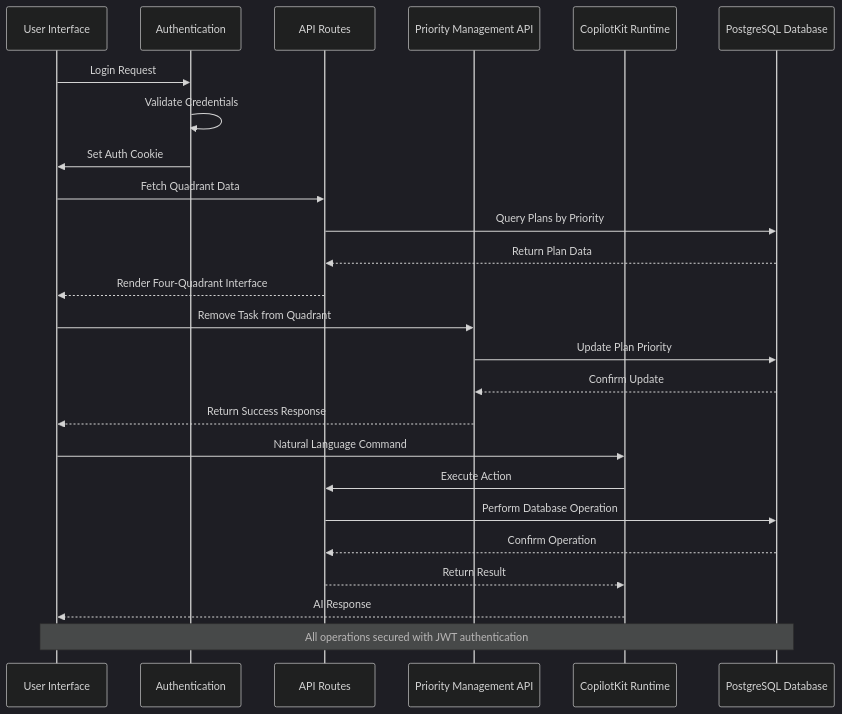
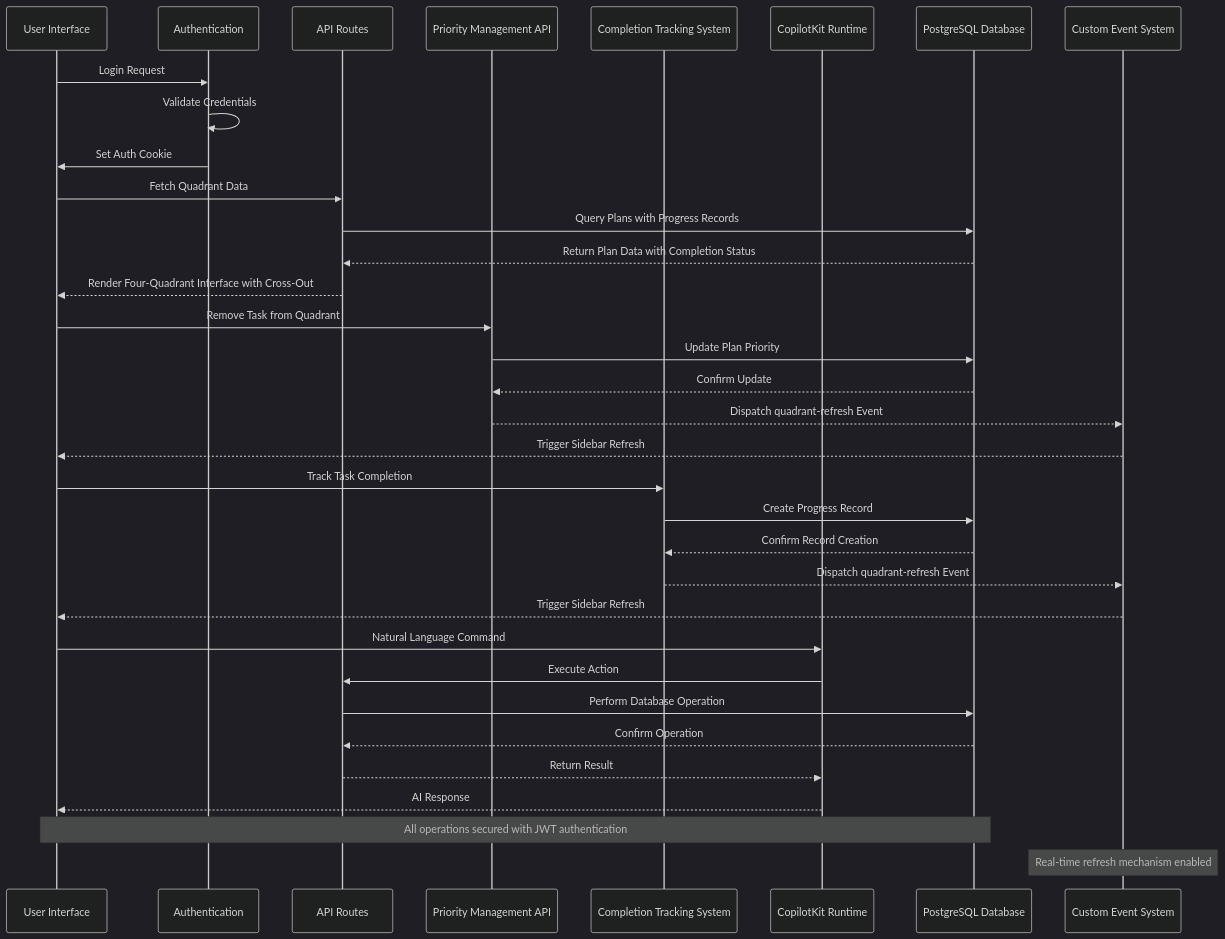
Before and after one commit to peixuanhu/goal-mate: the second of 7 diagrams in .qoder/repowiki/en/content/Feature Modules/Quadrant Task Management System.md, drawn with Mermaid (dark theme). The commit also changed other lines of this file and 3 other files, not shown here.

````diff
--- a/.qoder/repowiki/en/content/Feature Modules/Quadrant Task Management System.md
+++ b/.qoder/repowiki/en/content/Feature Modules/Quadrant Task Management System.md
@@ -166,27 +253,36 @@
 ```mermaid
 sequenceDiagram
 participant User as User Interface
 participant Auth as Authentication
 participant API as API Routes
 participant PriorityAPI as Priority Management API
+participant CompletionSystem as Completion Tracking System
 participant AI as CopilotKit Runtime
 participant DB as PostgreSQL Database
+participant EventSystem as Custom Event System
 User->>Auth : Login Request
 Auth->>Auth : Validate Credentials
 Auth->>User : Set Auth Cookie
 User->>API : Fetch Quadrant Data
-API->>DB : Query Plans by Priority
-DB-->>API : Return Plan Data
-API-->>User : Render Four-Quadrant Interface
+API->>DB : Query Plans with Progress Records
+DB-->>API : Return Plan Data with Completion Status
+API-->>User : Render Four-Quadrant Interface with Cross-Out
 User->>PriorityAPI : Remove Task from Quadrant
 PriorityAPI->>DB : Update Plan Priority
 DB-->>PriorityAPI : Confirm Update
-PriorityAPI-->>User : Return Success Response
+PriorityAPI-->>EventSystem : Dispatch quadrant-refresh Event
+EventSystem-->>User : Trigger Sidebar Refresh
+User->>CompletionSystem : Track Task Completion
+CompletionSystem->>DB : Create Progress Record
+DB-->>CompletionSystem : Confirm Record Creation
+CompletionSystem-->>EventSystem : Dispatch quadrant-refresh Event
+EventSystem-->>User : Trigger Sidebar Refresh
 User->>AI : Natural Language Command
 AI->>API : Execute Action
 API->>DB : Perform Database Operation
 DB-->>API : Confirm Operation
 API-->>AI : Return Result
 AI-->>User : AI Response
 Note over User,DB : All operations secured with JWT authentication
+Note over EventSystem : Real-time refresh mechanism enabled
 ```
````
